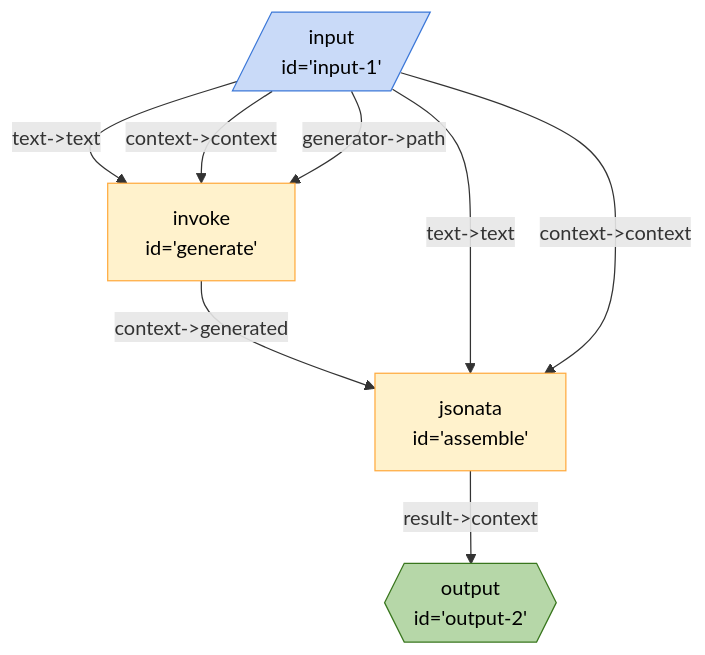
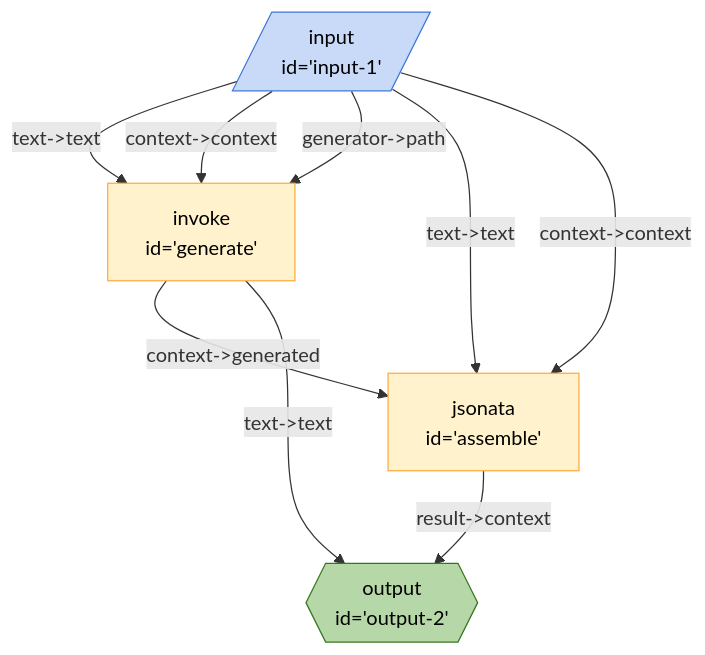
One commit to breadboard-ai/breadboard changed the diagram in packages/breadboard-web/docs/graphs/agent.md. Above: the diagram before and after it, drawn with Mermaid. The commit also changed 6 other files, not shown here.

````diff
--- a/packages/breadboard-web/docs/graphs/agent.md
+++ b/packages/breadboard-web/docs/graphs/agent.md
@@ -3,19 +3,20 @@
 ```mermaid
 %%{init: 'themeVariables': { 'fontFamily': 'Fira Code, monospace' }}%%
 graph TD;
 assemble["jsonata <br> id='assemble'"] -- "result->context" --> output2{{"output <br> id='output-2'"}}:::output
 generate["invoke <br> id='generate'"] -- "context->generated" --> assemble["jsonata <br> id='assemble'"]
+generate["invoke <br> id='generate'"] -- "text->text" --> output2{{"output <br> id='output-2'"}}:::output
 input1[/"input <br> id='input-1'"/]:::input -- "text->text" --> generate["invoke <br> id='generate'"]
 input1[/"input <br> id='input-1'"/]:::input -- "context->context" --> generate["invoke <br> id='generate'"]
 input1[/"input <br> id='input-1'"/]:::input -- "generator->path" --> generate["invoke <br> id='generate'"]
 input1[/"input <br> id='input-1'"/]:::input -- "text->text" --> assemble["jsonata <br> id='assemble'"]
 input1[/"input <br> id='input-1'"/]:::input -- "context->context" --> assemble["jsonata <br> id='assemble'"]
 classDef default stroke:#ffab40,fill:#fff2ccff,color:#000
 classDef input stroke:#3c78d8,fill:#c9daf8ff,color:#000
 classDef output stroke:#38761d,fill:#b6d7a8ff,color:#000
 classDef passthrough stroke:#a64d79,fill:#ead1dcff,color:#000
 classDef slot stroke:#a64d79,fill:#ead1dcff,color:#000
 classDef config stroke:#a64d79,fill:#ead1dcff,color:#000
 classDef secrets stroke:#db4437,fill:#f4cccc,color:#000
 classDef slotted stroke:#a64d79
 ```
````
